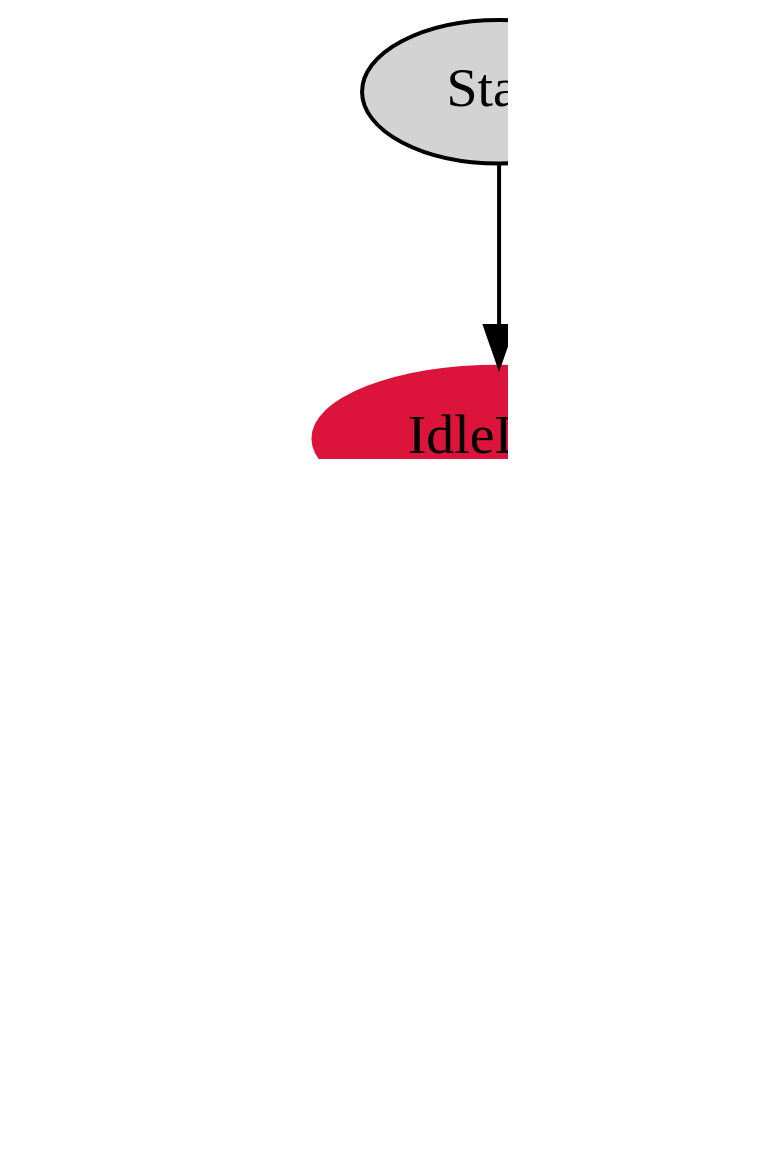
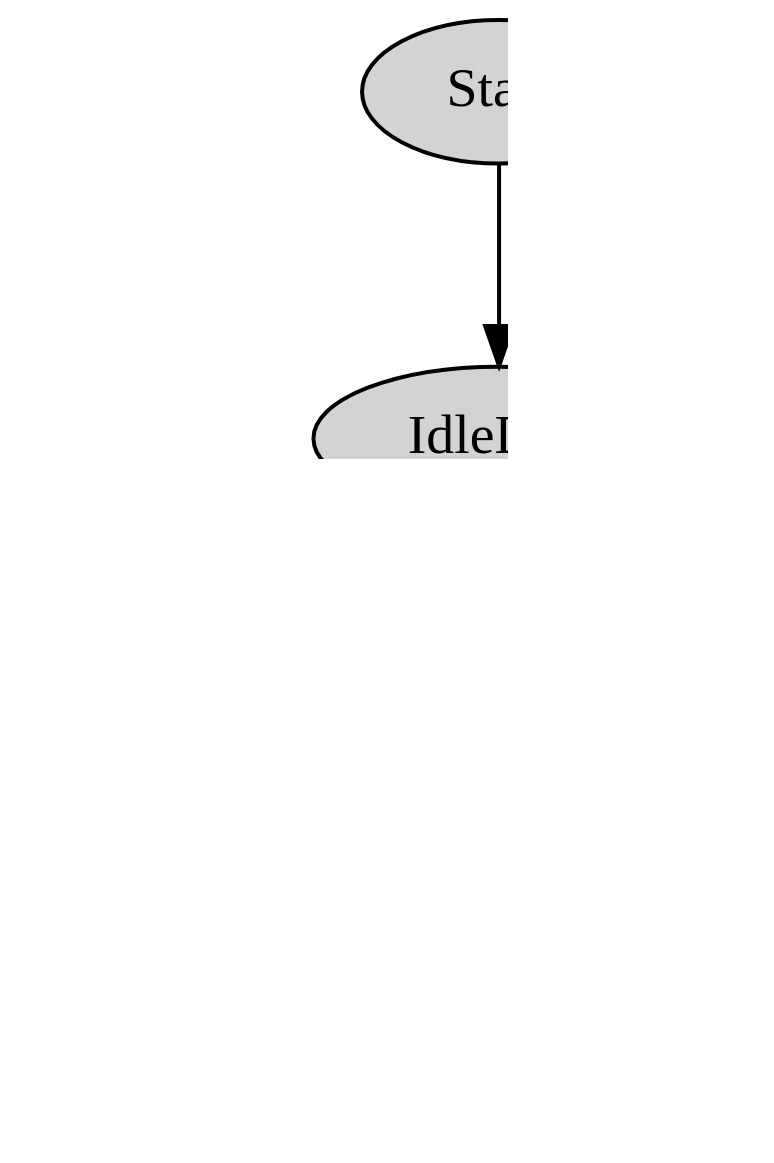
The diagram in modules/robot-dog/bin/log/state_machine/robot_dog_state_machine.dot (yurj1/robotDog), drawn with Graphviz before and after one commit. The commit also changed 139 other files, not shown here.

```diff
--- a/modules/robot-dog/bin/log/state_machine/robot_dog_state_machine.dot
+++ b/modules/robot-dog/bin/log/state_machine/robot_dog_state_machine.dot
@@ -1,29 +1,29 @@
 digraph state_machine_graph {
 dpi = "192";
  node [style=filled];
 0[label="Start", group = 1];
-1[label="IdleDog",color = "crimson", group = 1];
+1[label="IdleDog", group = 1];
 2[label="RunningDog", group = 1];
-3[label="FinishDog", group = 1];
+3[label="FinishDog",color = "crimson", group = 1];
 subgraph cluster_0{
 label = "Start";
 group = 1;
 }
 0->1 [label="Idle"];
 subgraph cluster_1{
 label = "IdleDog";
 group = 1;
 }
 1->2 [label="Run"];
 subgraph cluster_2{
 label = "RunningDog";
 group = 1;
 }
 2->1 [label="Idle"];
 2->3 [label="complete"];
 subgraph cluster_3{
 label = "FinishDog";
 group = 1;
 }
 3->1 [label="Idle"];
 }
```
